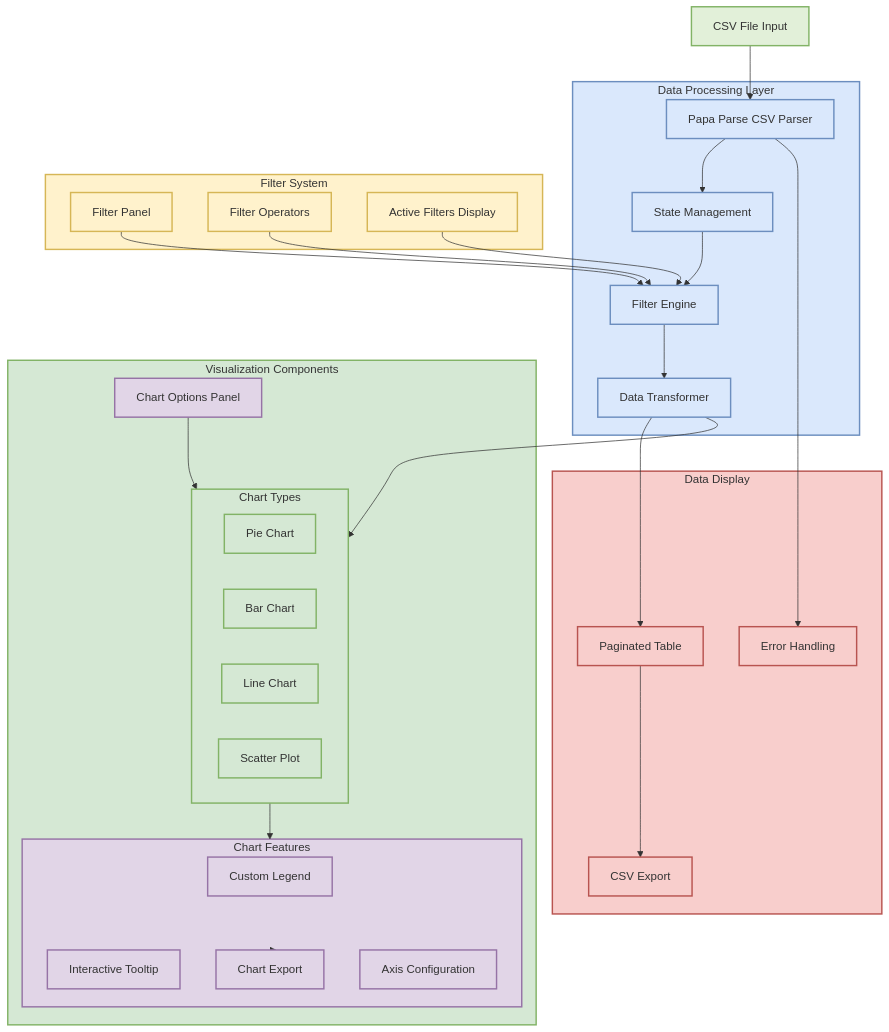
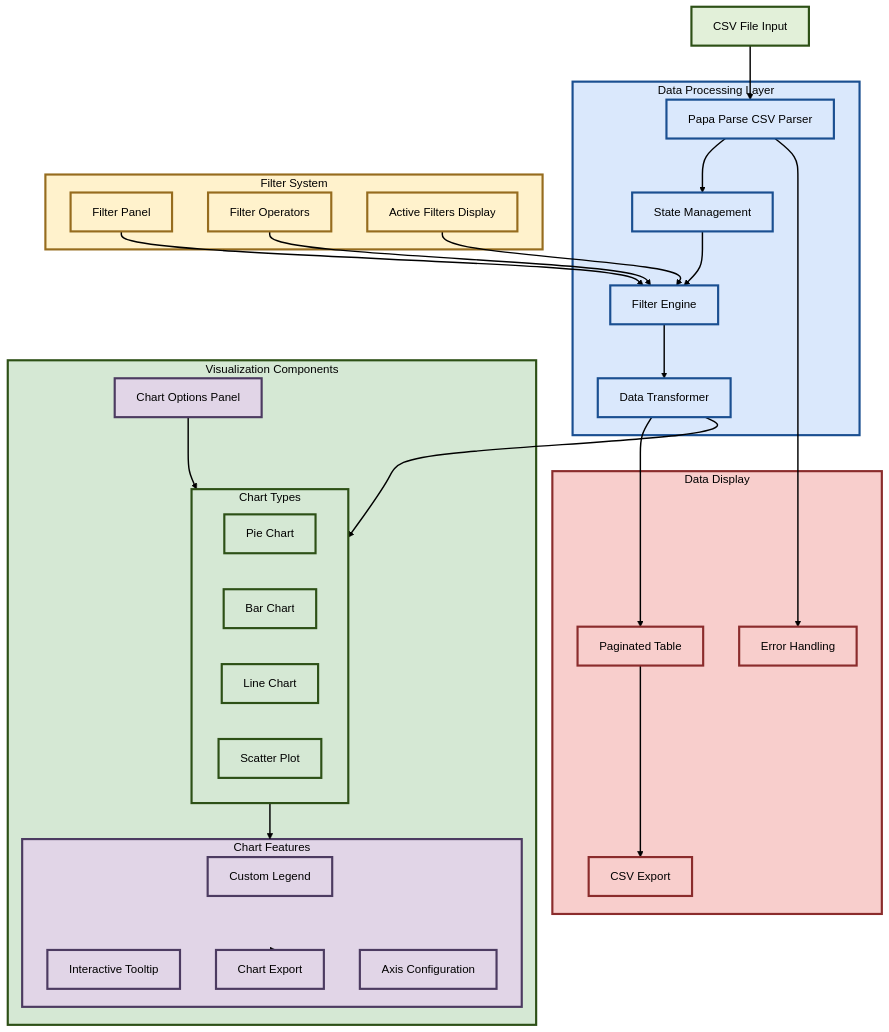
The diagram in docs/CSV_VISUALIZER_ARCHITECTURE.md (HACC2024/HEX), drawn with Mermaid before and after one commit.

````diff
--- a/docs/CSV_VISUALIZER_ARCHITECTURE.md
+++ b/docs/CSV_VISUALIZER_ARCHITECTURE.md
@@ -3,4 +3,17 @@
 ```mermaid
+%%{init: {
+  'theme': 'base',
+  'themeVariables': {
+    'fontSize': '16px',
+    'fontFamily': 'arial',
+    'primaryTextColor': '#000000',
+    'lineColor': '#000000',
+    'arrowheadColor': '#000000',
+    'edgeLabelBackground': '#ffffff',
+    'fontWeight': 'bold'
+  }
+}}%%
+
 flowchart TB
     FileInput[CSV File Input] --> Parser
 
@@ -41,7 +54,7 @@
         ErrorHandler[Error Handling]
     end
 
-    %% Data Flow
+    %% Data Flow with thicker arrows
     Parser --> StateManager
     StateManager --> FilterEngine
     FilterEngine --> DataTransformer
@@ -60,13 +73,13 @@
     DataTable --> DataExport
     Parser --> ErrorHandler
 
-    %% Style Definitions
-    classDef input fill:#e2f0d9,stroke:#82b366,stroke-width:2px
-    classDef process fill:#dae8fc,stroke:#6c8ebf,stroke-width:2px
-    classDef chart fill:#d5e8d4,stroke:#82b366,stroke-width:2px
-    classDef filter fill:#fff2cc,stroke:#d6b656,stroke-width:2px
-    classDef display fill:#f8cecc,stroke:#b85450,stroke-width:2px
-    classDef feature fill:#e1d5e7,stroke:#9673a6,stroke-width:2px
+    %% Style Definitions with darker borders and better contrast
+    classDef input fill:#e2f0d9,stroke:#2d5016,stroke-width:3px,color:#000000
+    classDef process fill:#dae8fc,stroke:#1a4f91,stroke-width:3px,color:#000000
+    classDef chart fill:#d5e8d4,stroke:#2d5016,stroke-width:3px,color:#000000
+    classDef filter fill:#fff2cc,stroke:#966c1e,stroke-width:3px,color:#000000
+    classDef display fill:#f8cecc,stroke:#8b2c2c,stroke-width:3px,color:#000000
+    classDef feature fill:#e1d5e7,stroke:#4c3b61,stroke-width:3px,color:#000000
 
     %% Apply Styles
     class FileInput input
@@ -75,4 +88,7 @@
     class FilterComponents,FilterPanel,FilterOperators,ActiveFilters filter
     class DataDisplay,DataTable,DataExport,ErrorHandler display
     class ChartFeatures,Legend,Tooltip,Export,AxisConfig,ChartOptions feature
+
+    %% Update linkStyles for better visibility
+    linkStyle default stroke:#000000,stroke-width:2px
 ```
````
